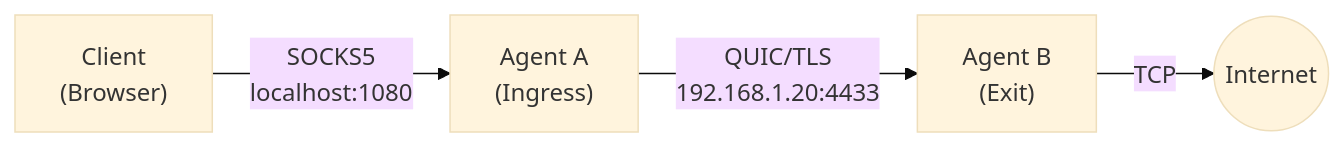
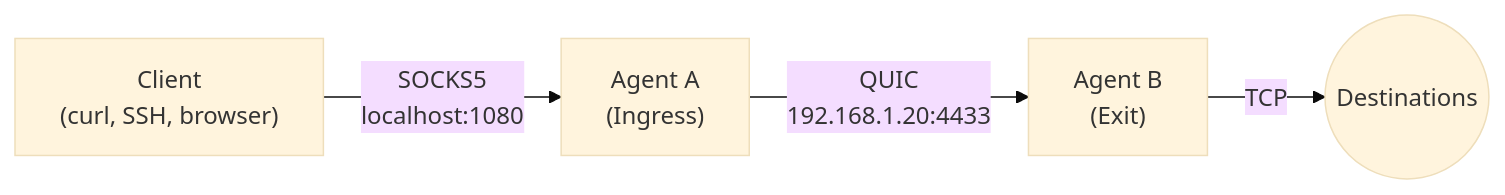
Before and after one commit to Muti-Metroo/Muti-Metroo: the first of 2 diagrams in docs/docs/getting-started/first-mesh.md, drawn with Mermaid (base theme). The commit also changed other lines of this file and 156 other files, not shown here.

````diff
--- a/docs/docs/getting-started/first-mesh.md
+++ b/docs/docs/getting-started/first-mesh.md
@@ -25,11 +22,11 @@
 ```mermaid
 flowchart LR
-    C["Client<br/>(Browser)"]
+    C["Client<br/>(curl, SSH, browser)"]
     A["Agent A<br/>(Ingress)"]
     B["Agent B<br/>(Exit)"]
-    I((Internet))
+    I((Destinations))
 
     C -->|"SOCKS5<br/>localhost:1080"| A
-    A -->|"QUIC/TLS<br/>192.168.1.20:4433"| B
+    A -->|"QUIC<br/>192.168.1.20:4433"| B
     B -->|TCP| I
 ```
````
